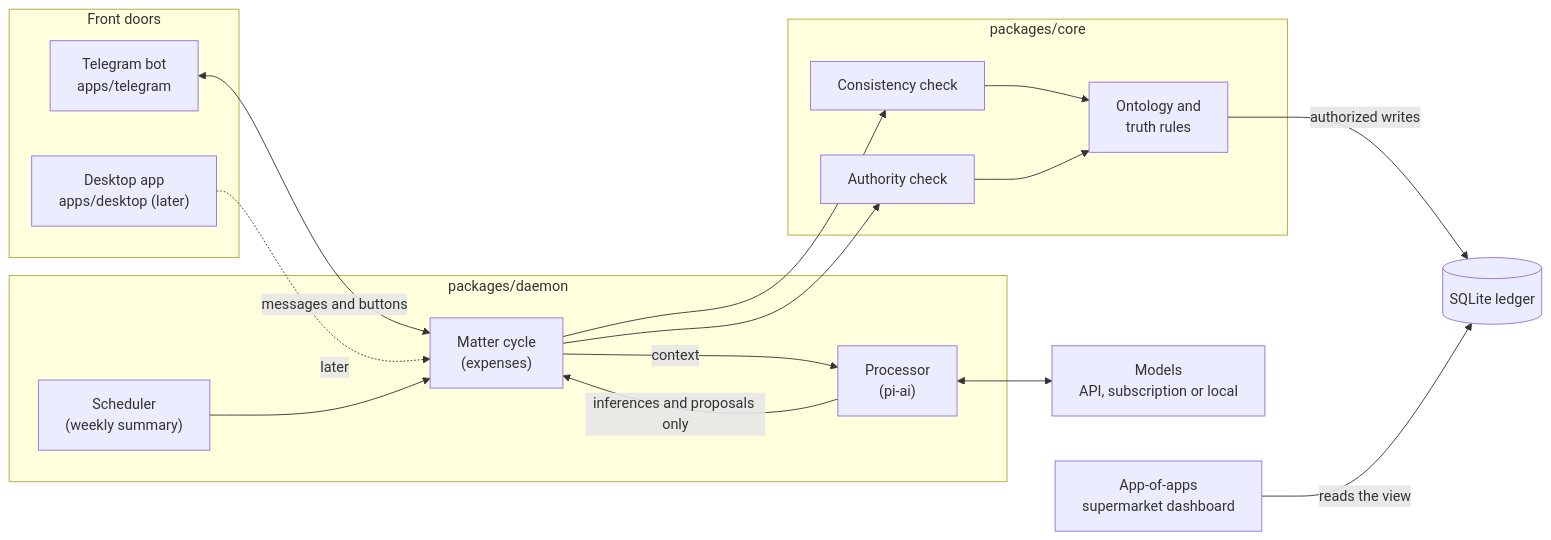
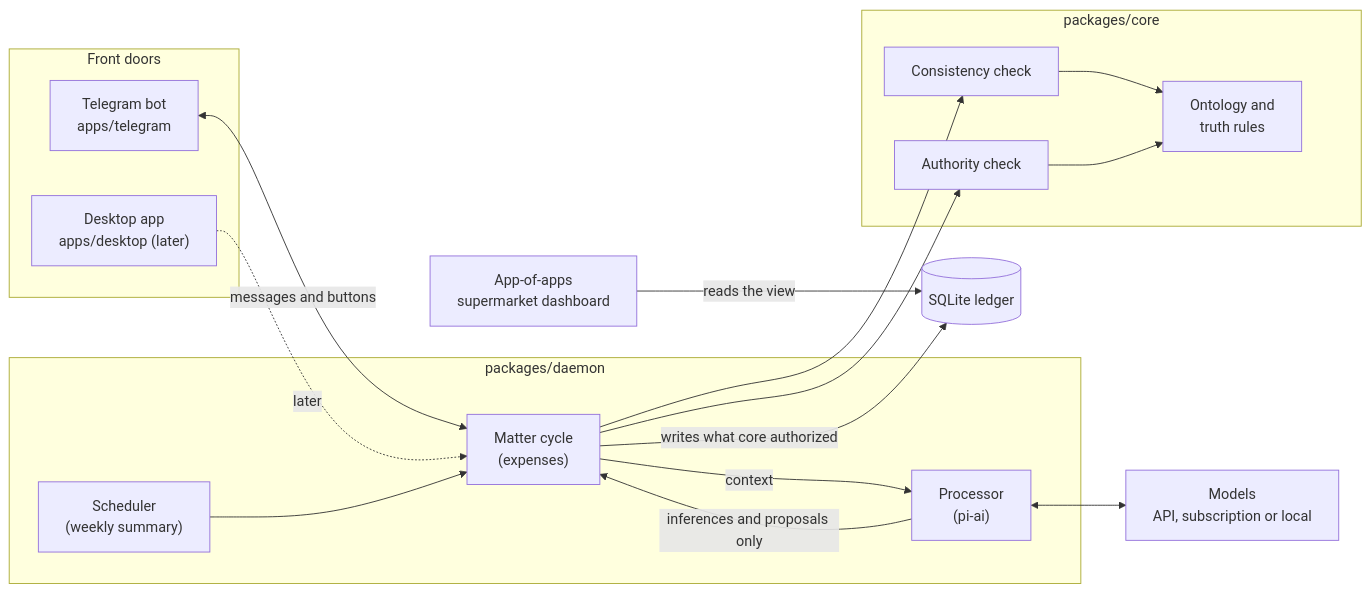
The second of 2 diagrams in PRD.md (Sitray/anomander), drawn with Mermaid before and after one commit. The commit also changed other lines of this file and 8 other files, not shown here.

````diff
--- a/PRD.md
+++ b/PRD.md
@@ -692,36 +692,36 @@
 ```mermaid
 flowchart LR
     subgraph doors["Front doors"]
         TG["Telegram bot<br/>apps/telegram"]
         DESK["Desktop app<br/>apps/desktop (later)"]
     end
 
     subgraph daemon["packages/daemon"]
         CYCLE["Matter cycle<br/>(expenses)"]
         SCHED["Scheduler<br/>(weekly summary)"]
         PROC["Processor<br/>(pi-ai)"]
     end
 
     subgraph core["packages/core"]
         TRUTH["Ontology and<br/>truth rules"]
         CONS["Consistency check"]
         AUTH["Authority check"]
     end
 
     DB[("SQLite ledger")]
     MODELS["Models<br/>API, subscription or local"]
     DASH["App-of-apps<br/>supermarket dashboard"]
 
     TG <-->|messages and buttons| CYCLE
     DESK -.->|later| CYCLE
     SCHED --> CYCLE
     CYCLE -->|context| PROC
     PROC <--> MODELS
     PROC -->|inferences and proposals only| CYCLE
     CYCLE --> CONS
     CYCLE --> AUTH
     CONS --> TRUTH
     AUTH --> TRUTH
-    TRUTH -->|authorized writes| DB
+    CYCLE -->|writes what core authorized| DB
     DASH -->|reads the view| DB
 ```
````
